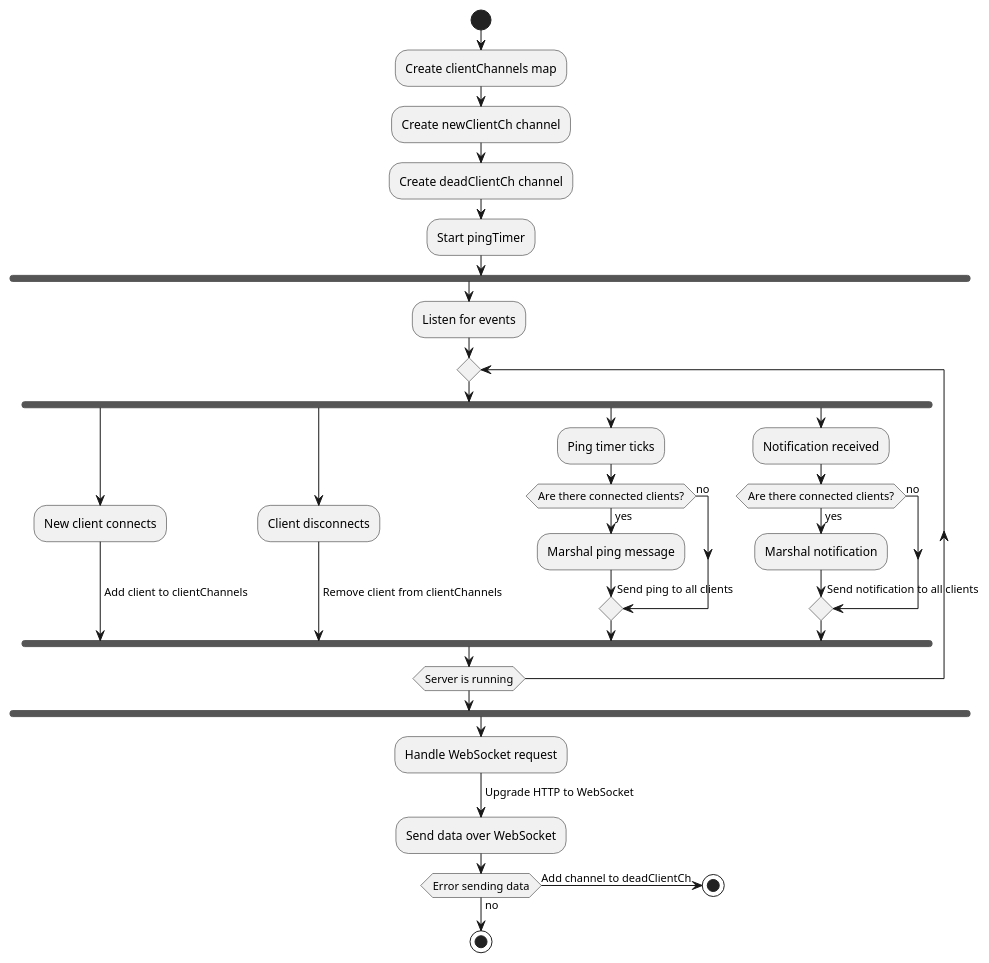
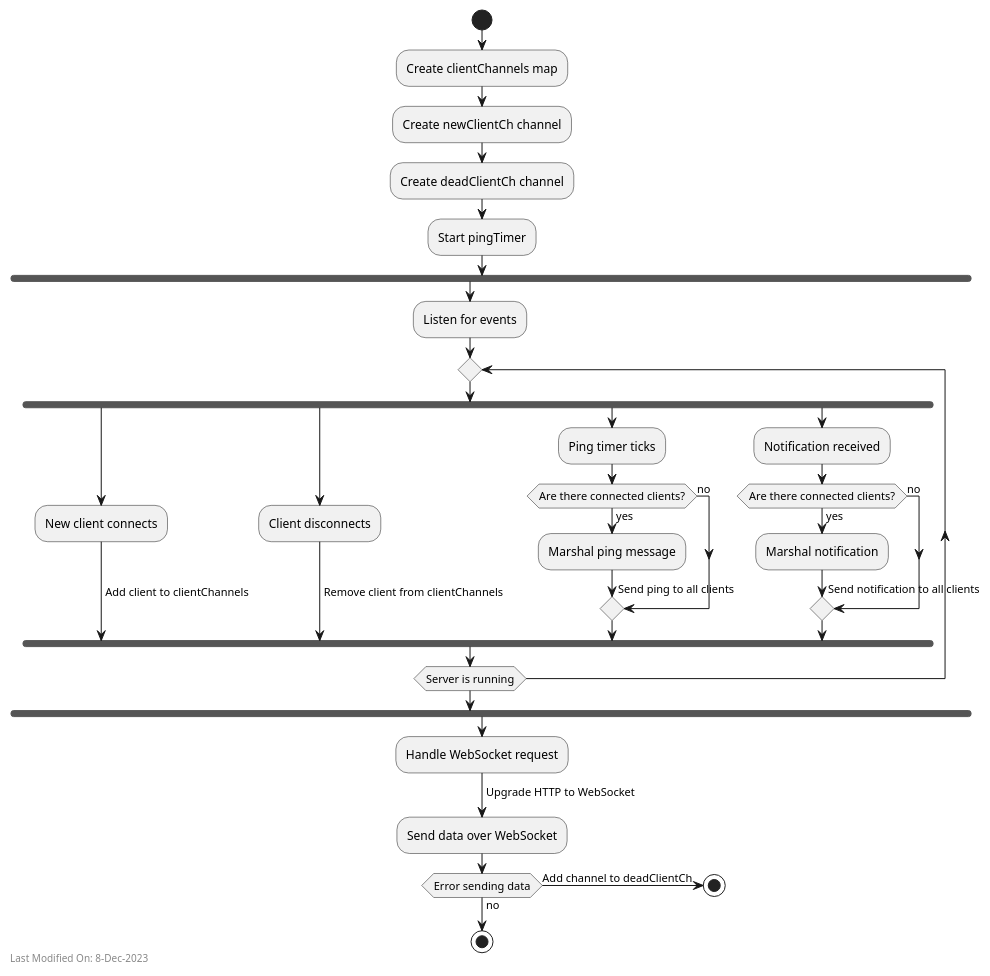
The diagram in docs/services/img/plantuml/p2p/p2p_websocket_activity_diagram.puml (freemans13/teranode), drawn with PlantUML before and after one commit. The commit also changed 16 other files, not shown here.

```diff
--- a/docs/services/img/plantuml/p2p/p2p_websocket_activity_diagram.puml
+++ b/docs/services/img/plantuml/p2p/p2p_websocket_activity_diagram.puml
@@ -1,47 +1,49 @@
 @startuml
 
 start
 :Create clientChannels map;
 :Create newClientCh channel;
 :Create deadClientCh channel;
 :Start pingTimer;
 
 fork
     :Listen for events;
     repeat
         fork
             :New client connects;
             ->Add client to clientChannels;
         fork again
             :Client disconnects;
             ->Remove client from clientChannels;
         fork again
             :Ping timer ticks;
             if (Are there connected clients?) then (yes)
                 :Marshal ping message;
                 ->Send ping to all clients;
             else (no)
             endif
         fork again
             :Notification received;
             if (Are there connected clients?) then (yes)
                 :Marshal notification;
                 ->Send notification to all clients;
             else (no)
             endif
         end fork
     repeat while (Server is running)
 end fork
 
 :Handle WebSocket request;
 ->Upgrade HTTP to WebSocket;
 :Send data over WebSocket;
 if (Error sending data) then (yes)
     ->Add channel to deadClientCh;
     stop
 else (no)
 endif
 
 stop
 
+left footer Last Modified On: 8-Dec-2023
+
 @enduml
```
